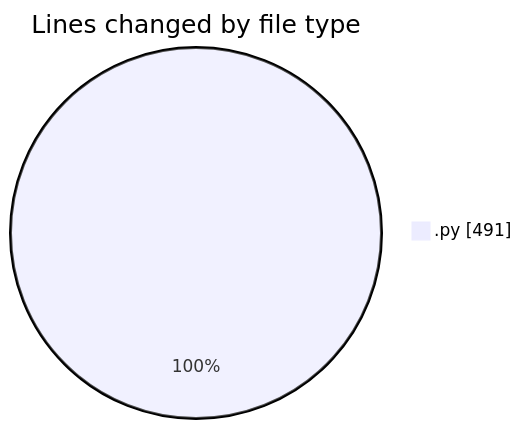
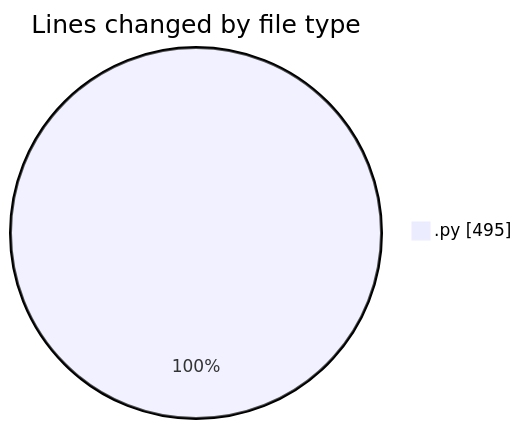
One commit to MatusMokan/code-tracking changed the first of 2 diagrams in 2025-01-12/myws__workspace_/README.md. Above: the diagram before and after it, drawn with Mermaid. The commit also changed other lines of this file and 1 other file, not shown here.

````diff
--- a/2025-01-12/myws__workspace_/README.md
+++ b/2025-01-12/myws__workspace_/README.md
@@ -21,5 +21,5 @@
 ```mermaid
 pie showData
 title Lines changed by file type
-".py" : 491
+".py" : 495
 ```
````
